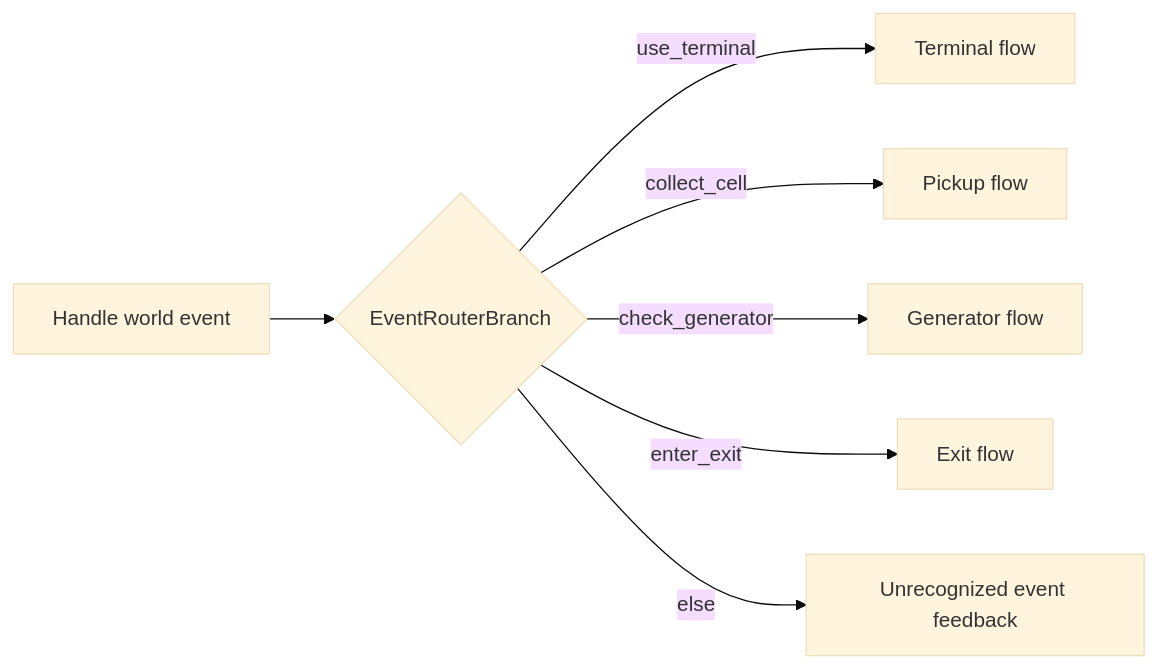
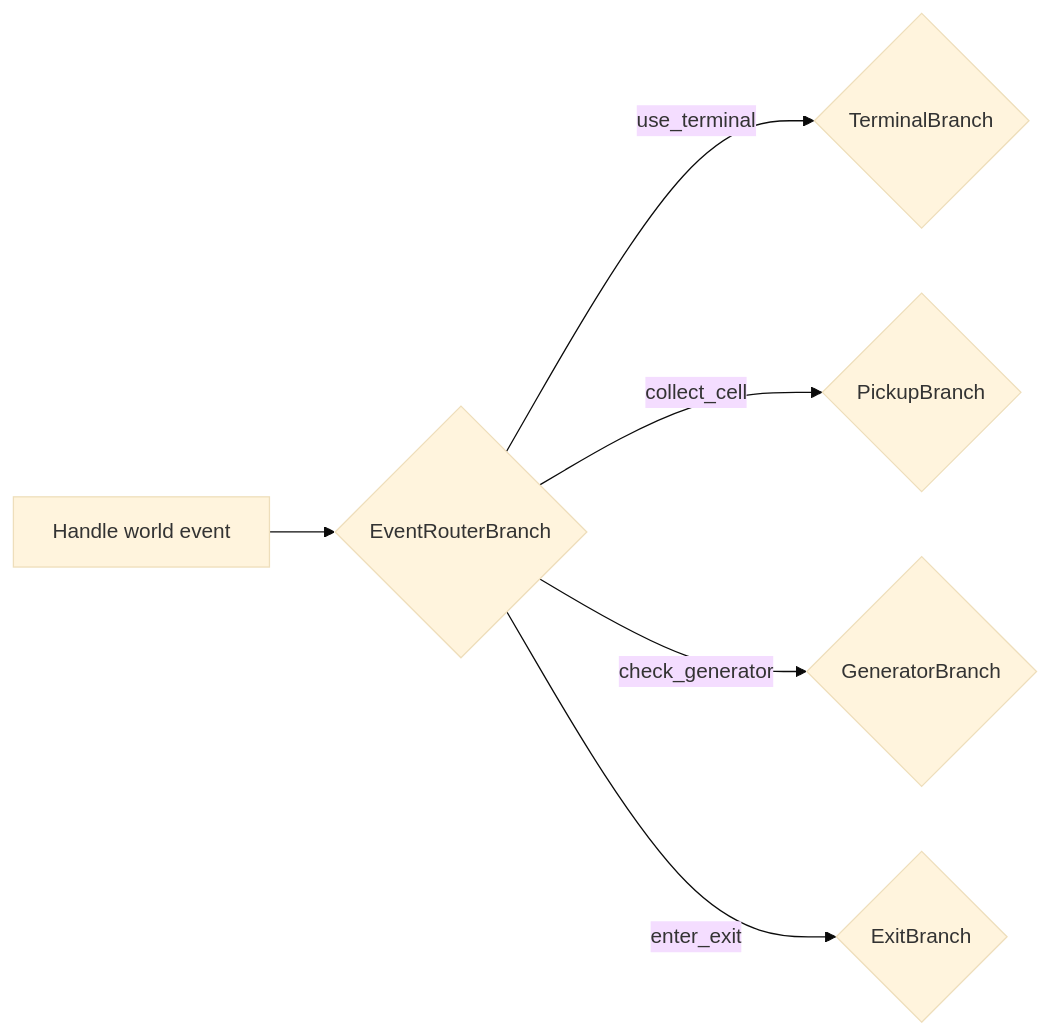
The first of 2 diagrams in docs/narrative.md (arcweave/arcweave-unreal-quest-example), drawn with Mermaid (base theme) before and after one commit. The commit also changed other lines of this file and 12 other files, not shown here.

````diff
--- a/docs/narrative.md
+++ b/docs/narrative.md
@@ -19,9 +18,8 @@
 ```mermaid
 flowchart LR
     Entry[Handle world event] --> Router{EventRouterBranch}
-    Router -->|use_terminal| Terminal[Terminal flow]
-    Router -->|collect_cell| Pickup[Pickup flow]
-    Router -->|check_generator| Generator[Generator flow]
-    Router -->|enter_exit| Exit[Exit flow]
-    Router -->|else| Unknown[Unrecognized event feedback]
+    Router -->|use_terminal| Terminal{TerminalBranch}
+    Router -->|collect_cell| Pickup{PickupBranch}
+    Router -->|check_generator| Generator{GeneratorBranch}
+    Router -->|enter_exit| Exit{ExitBranch}
 ```
````
